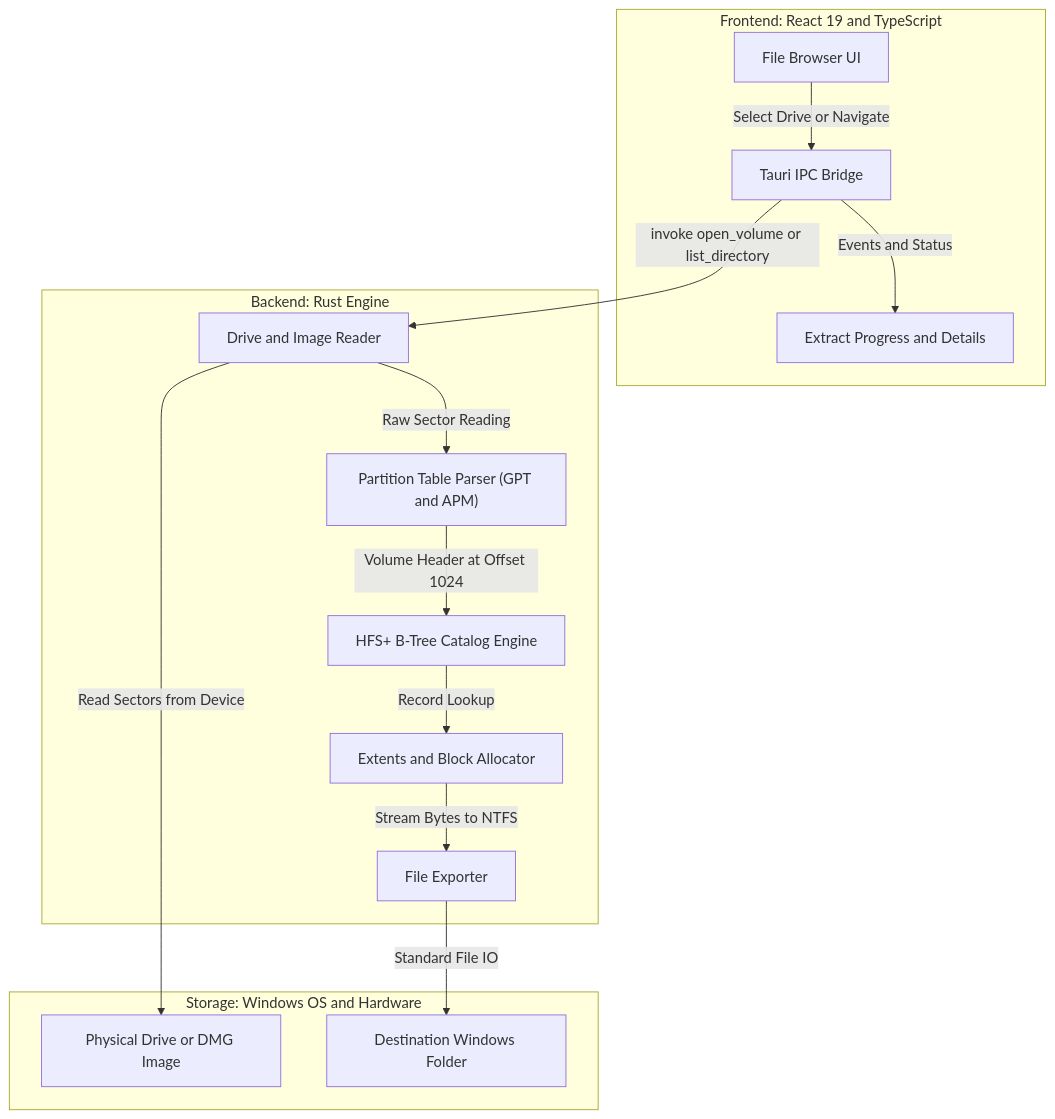
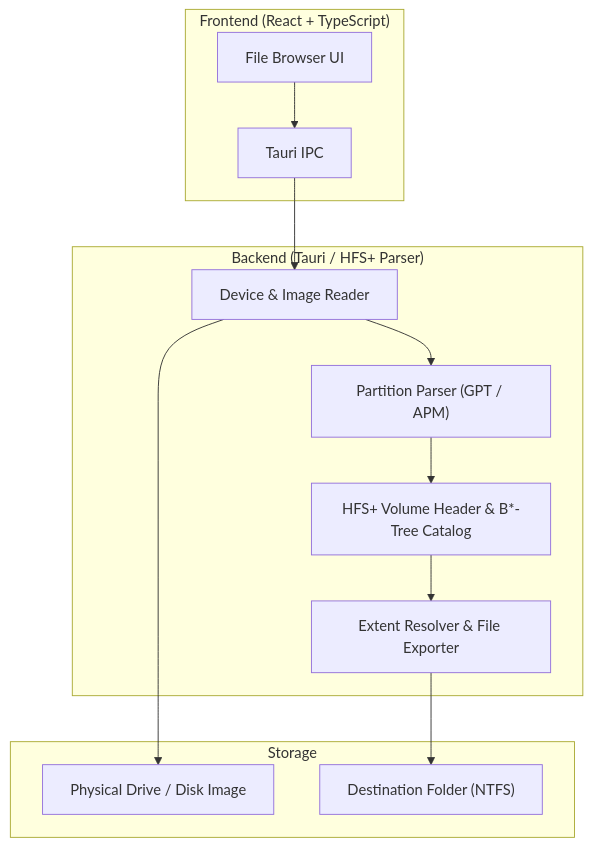
One commit to whysari/hfs-explorer changed the diagram in README.md. Above: the diagram before and after it, drawn with Mermaid. The commit also changed other lines of this file, not shown here.

````diff
--- a/README.md
+++ b/README.md
@@ -40,20 +22,18 @@
 ```mermaid
 flowchart TD
-    subgraph UI["Frontend: React 19 and TypeScript"]
-        A["File Browser UI"] -->|"Select Drive or Navigate"| B["Tauri IPC Bridge"]
-        B -->|"Events and Status"| C["Extract Progress and Details"]
+    subgraph UI["Frontend (React + TypeScript)"]
+        A["File Browser UI"] --> B["Tauri IPC"]
     end
 
-    subgraph Rust["Backend: Rust Engine"]
-        B -->|"invoke open_volume or list_directory"| D["Drive and Image Reader"]
-        D -->|"Raw Sector Reading"| E["Partition Table Parser (GPT and APM)"]
-        E -->|"Volume Header at Offset 1024"| F["HFS+ B-Tree Catalog Engine"]
-        F -->|"Record Lookup"| G["Extents and Block Allocator"]
-        G -->|"Stream Bytes to NTFS"| H["File Exporter"]
+    subgraph Core["Backend (Tauri / HFS+ Parser)"]
+        B --> D["Device & Image Reader"]
+        D --> E["Partition Parser (GPT / APM)"]
+        E --> F["HFS+ Volume Header & B*-Tree Catalog"]
+        F --> G["Extent Resolver & File Exporter"]
     end
 
-    subgraph Storage["Storage: Windows OS and Hardware"]
-        D -->|"Read Sectors from Device"| I["Physical Drive or DMG Image"]
-        H -->|"Standard File IO"| J["Destination Windows Folder"]
+    subgraph Storage["Storage"]
+        D --> I["Physical Drive / Disk Image"]
+        G --> J["Destination Folder (NTFS)"]
     end
 ```
````
